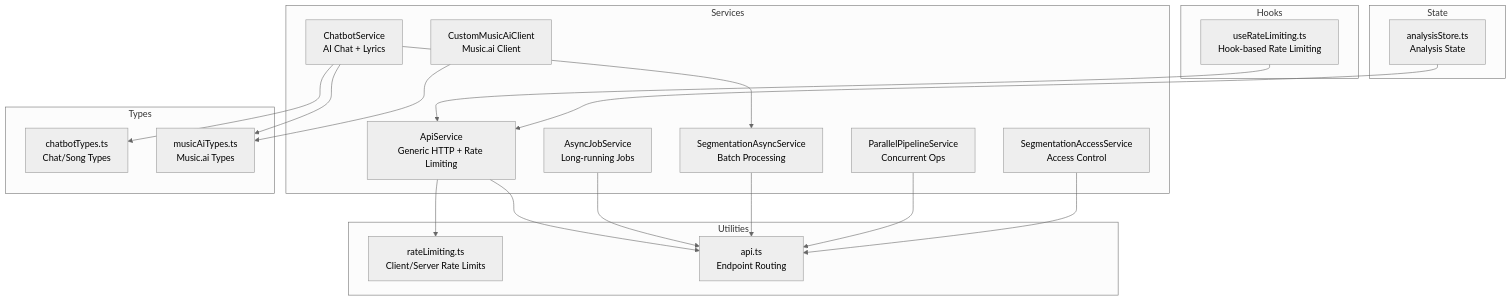
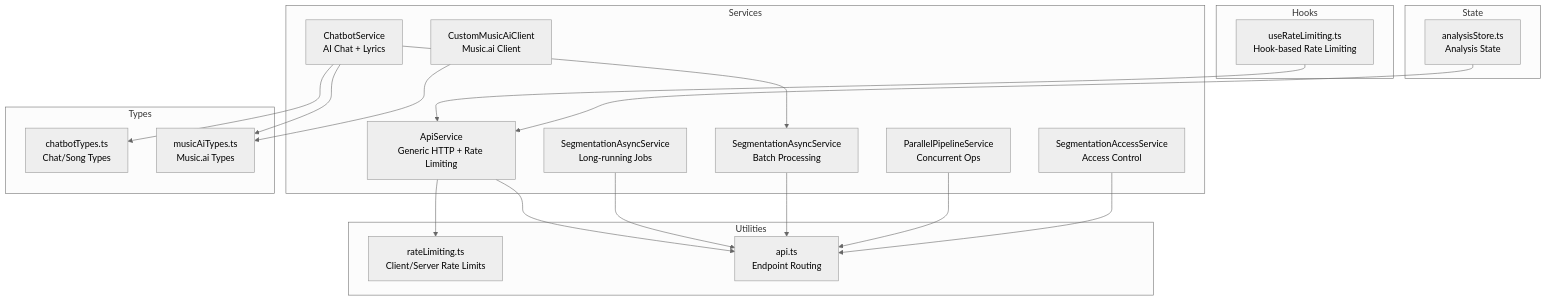
Before and after one commit to ptnghia-j/ChordMiniApp: the first of 3 diagrams in .qoder/repowiki/en/content/API Reference/Frontend API.md, drawn with Mermaid (neutral theme). The commit also changed other lines of this file and 60 other files, not shown here.

````diff
--- a/.qoder/repowiki/en/content/API Reference/Frontend API.md
+++ b/.qoder/repowiki/en/content/API Reference/Frontend API.md
@@ -38,38 +38,38 @@
 ```mermaid
 graph TB
 subgraph "Services"
 A["ApiService<br/>Generic HTTP + Rate Limiting"]
-B["AsyncJobService<br/>Long-running Jobs"]
+B["SegmentationAsyncService<br/>Long-running Jobs"]
 C["SegmentationAsyncService<br/>Batch Processing"]
 D["ChatbotService<br/>AI Chat + Lyrics"]
 E["CustomMusicAiClient<br/>Music.ai Client"]
 F["ParallelPipelineService<br/>Concurrent Ops"]
 G["SegmentationAccessService<br/>Access Control"]
 end
 subgraph "Utilities"
 U1["rateLimiting.ts<br/>Client/Server Rate Limits"]
 U2["api.ts<br/>Endpoint Routing"]
 end
 subgraph "Hooks"
 H1["useRateLimiting.ts<br/>Hook-based Rate Limiting"]
 end
 subgraph "Types"
 T1["chatbotTypes.ts<br/>Chat/Song Types"]
 T2["musicAiTypes.ts<br/>Music.ai Types"]
 end
 subgraph "State"
 S1["analysisStore.ts<br/>Analysis State"]
 end
 A --> U1
 A --> U2
 B --> U2
 C --> U2
 D --> C
 D --> T1
 D --> T2
 E --> T2
 F --> U2
 G --> U2
 H1 --> A
 S1 --> A
 ```
````
